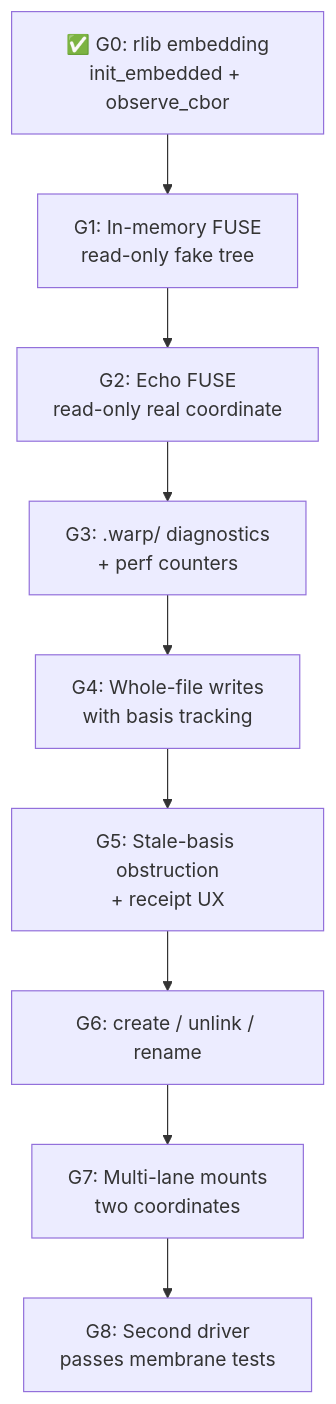
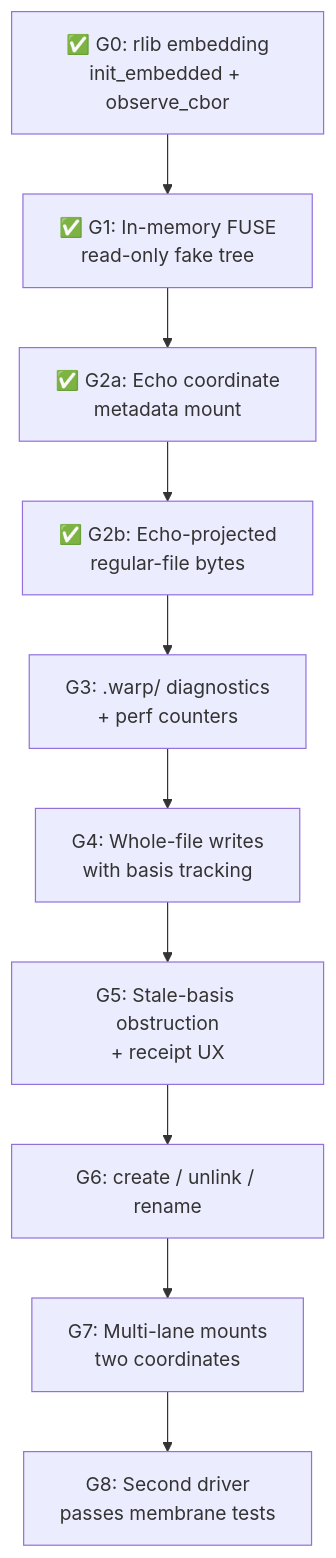
One commit to flyingrobots/warp-drive changed the eighth of 8 diagrams in docs/IMPLEMENTATION_PLAN.md. Above: the diagram before and after it, drawn with Mermaid. The commit also changed other lines of this file and 5 other files, not shown here.

````diff
--- a/docs/IMPLEMENTATION_PLAN.md
+++ b/docs/IMPLEMENTATION_PLAN.md
@@ -1276,21 +1277,23 @@
 ```mermaid
 flowchart TD
     G0["✅ G0: rlib embedding<br />init_embedded + observe_cbor"]
-    G1["G1: In-memory FUSE<br />read-only fake tree"]
-    G2["G2: Echo FUSE<br />read-only real coordinate"]
+    G1["✅ G1: In-memory FUSE<br />read-only fake tree"]
+    G2a["✅ G2a: Echo coordinate<br />metadata mount"]
+    G2b["✅ G2b: Echo-projected<br />regular-file bytes"]
     G3["G3: .warp/ diagnostics<br />+ perf counters"]
     G4["G4: Whole-file writes<br />with basis tracking"]
     G5["G5: Stale-basis obstruction<br />+ receipt UX"]
     G6["G6: create / unlink / rename"]
     G7["G7: Multi-lane mounts<br />two coordinates"]
     G8["G8: Second driver<br />passes membrane tests"]
 
     G0 --> G1
-    G1 --> G2
-    G2 --> G3
+    G1 --> G2a
+    G2a --> G2b
+    G2b --> G3
     G3 --> G4
     G4 --> G5
     G5 --> G6
     G6 --> G7
     G7 --> G8
 ```
````
